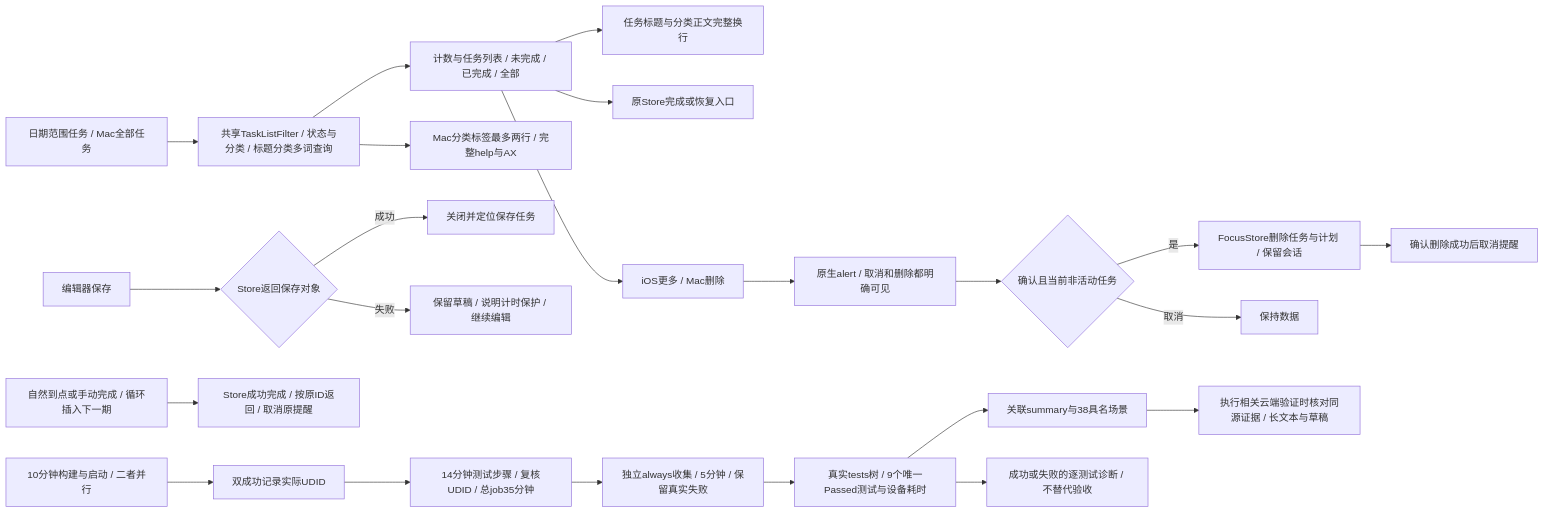
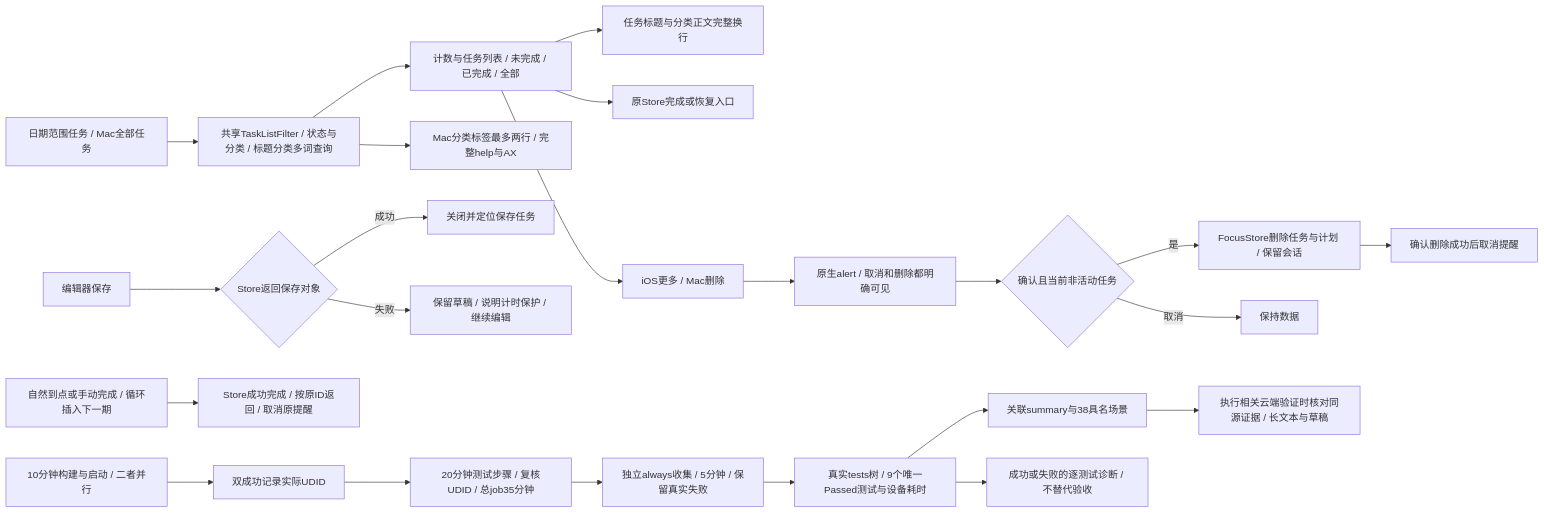
One commit to Altman-sam114/114 changed the first of 14 diagrams in md/flow/flowchart.md. Above: the diagram before and after it, drawn with Mermaid. The commit also changed 9 other files, not shown here.

````diff
--- a/md/flow/flowchart.md
+++ b/md/flow/flowchart.md
@@ -5,25 +5,25 @@
 ```mermaid
 flowchart LR
   BASE[日期范围任务 / Mac全部任务] --> FILTER[共享TaskListFilter / 状态与分类 / 标题分类多词查询]
   FILTER --> VIEW[计数与任务列表 / 未完成 / 已完成 / 全部]
   FILTER --> CHIPS[Mac分类标签最多两行 / 完整help与AX]
   VIEW --> TEXT[任务标题与分类正文完整换行]
   VIEW --> RESTORE[原Store完成或恢复入口]
   VIEW --> MORE[iOS更多 / Mac删除]
   MORE --> ALERT[原生alert / 取消和删除都明确可见]
   ALERT --> CONFIRM{确认且当前非活动任务}
   CONFIRM -->|是| DELETE[FocusStore删除任务与计划 / 保留会话]
   DELETE --> REMINDER[确认删除成功后取消提醒]
   CONFIRM -->|取消| KEEP[保持数据]
   EDIT[编辑器保存] --> SAVED{Store返回保存对象}
   SAVED -->|成功| LOCATE[关闭并定位保存任务]
   SAVED -->|失败| DRAFT[保留草稿 / 说明计时保护 / 继续编辑]
   REPEAT[自然到点或手动完成 / 循环插入下一期] --> ID[Store成功完成 / 按原ID返回 / 取消原提醒]
   TREE[真实tests树 / 9个唯一Passed测试与设备耗时] --> EVIDENCE[关联summary与38具名场景]
   EVIDENCE --> REVIEW[执行相关云端验证时核对同源证据 / 长文本与草稿]
   TREE --> DIAG[成功或失败的逐测试诊断 / 不替代验收]
   BUILD[10分钟构建与启动 / 二者并行] --> READY[双成功记录实际UDID]
-  READY --> RUN[14分钟测试步骤 / 复核UDID / 总job35分钟]
+  READY --> RUN[20分钟测试步骤 / 复核UDID / 总job35分钟]
   RUN --> COLLECT[独立always收集 / 5分钟 / 保留真实失败]
   COLLECT --> TREE
 ```
````
